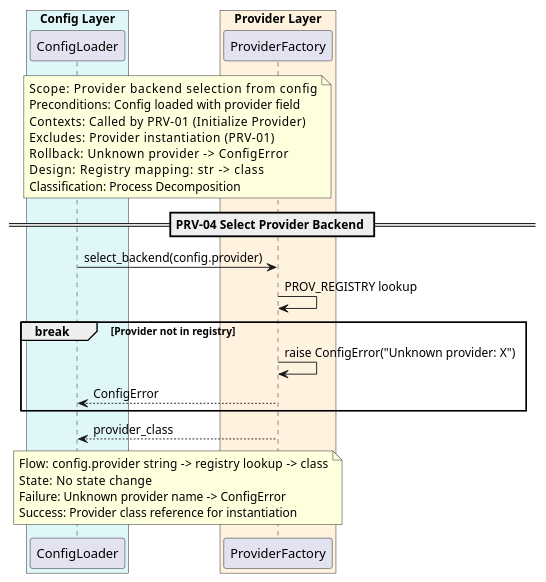
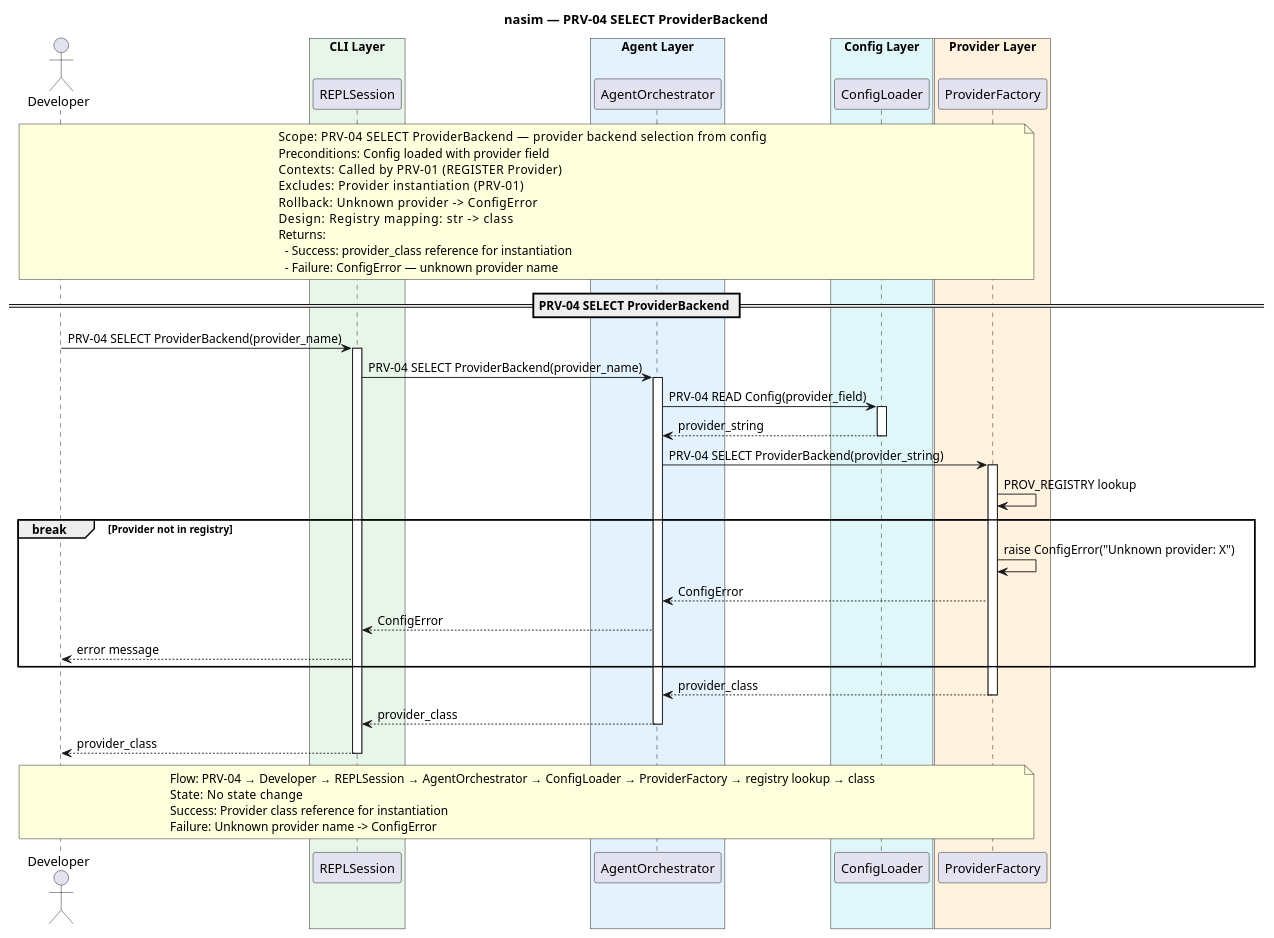
The diagram in docs/SQ/PRV/sq_prv04_select_provider_backend.puml (salimnamvar/nasim), drawn with PlantUML before and after one commit. The commit also changed 148 other files, not shown here.

```diff
--- a/docs/SQ/PRV/sq_prv04_select_provider_backend.puml
+++ b/docs/SQ/PRV/sq_prv04_select_provider_backend.puml
@@ -1,48 +1,79 @@
 @startuml sq_prv04_select_provider_backend
 ' ============================================================
-' Title:     PRV-04 — Select Provider Backend
+' Title:     PRV-04 — SELECT Provider Backend
 ' Boundary:  nasim code agent CLI
 ' Purpose:   Map config.provider string to provider class
 ' Milestone: v1.0
-' Version:   2.0.0
+' Version:   3.0.0
 ' Source:    docs/UC/README.md
-' Review:    —
+' Review:    docs/SQ/README.md
 ' ============================================================
 
+title nasim — PRV-04 SELECT ProviderBackend
+
+actor "Developer" as user
+
+box "CLI Layer" #E8F5E9
+  participant "REPLSession" as repl
+end box
+box "Agent Layer" #E3F2FD
+  participant "AgentOrchestrator" as agent
+end box
 box "Config Layer" #E0F7FA
   participant "ConfigLoader" as cfg
 end box
 box "Provider Layer" #FFF3E0
   participant "ProviderFactory" as factory
 end box
 
-note over cfg, factory
-  Scope:          Provider backend selection from config
+note over user, factory
+  Scope:          PRV-04 SELECT ProviderBackend — provider backend selection from config
   Preconditions:  Config loaded with provider field
-  Contexts:       Called by PRV-01 (Initialize Provider)
+  Contexts:       Called by PRV-01 (REGISTER Provider)
   Excludes:       Provider instantiation (PRV-01)
   Rollback:       Unknown provider -> ConfigError
   Design:         Registry mapping: str -> class
-  Classification: Process Decomposition
+  Returns:
+    - Success: provider_class reference for instantiation
+    - Failure: ConfigError — unknown provider name
 end note
 
-== PRV-04 Select Provider Backend ==
+== PRV-04 SELECT ProviderBackend ==
 
-cfg -> factory : select_backend(config.provider)
+user -> repl : PRV-04 SELECT ProviderBackend(provider_name)
+activate repl
+repl -> agent : PRV-04 SELECT ProviderBackend(provider_name)
+activate agent
+
+agent -> cfg : PRV-04 READ Config(provider_field)
+activate cfg
+cfg --> agent : provider_string
+deactivate cfg
+
+agent -> factory : PRV-04 SELECT ProviderBackend(provider_string)
+activate factory
 factory -> factory : PROV_REGISTRY lookup
 
 break Provider not in registry
     factory -> factory : raise ConfigError("Unknown provider: X")
-    factory --> cfg : ConfigError
+    factory --> agent : ConfigError
+    agent --> repl : ConfigError
+    repl --> user : error message
 end
 
-factory --> cfg : provider_class
+factory --> agent : provider_class
+deactivate factory
 
-note over cfg, factory
-  Flow:    config.provider string -> registry lookup -> class
+agent --> repl : provider_class
+deactivate agent
+repl --> user : provider_class
+deactivate repl
+
+note over user, factory
+  Flow:    PRV-04 → Developer → REPLSession → AgentOrchestrator → ConfigLoader → ProviderFactory → registry lookup → class
   State:   No state change
+  Success: Provider class reference for instantiation
   Failure: Unknown provider name -> ConfigError
-  Success: Provider class reference for instantiation
 end note
 
 @enduml
```
